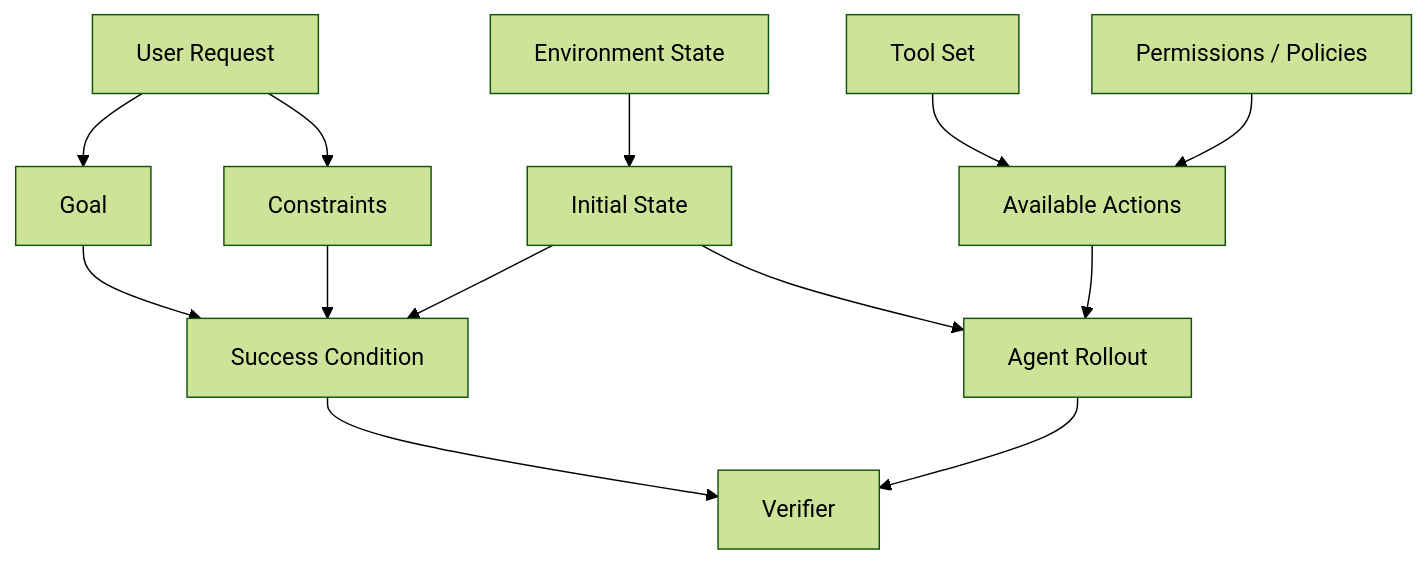
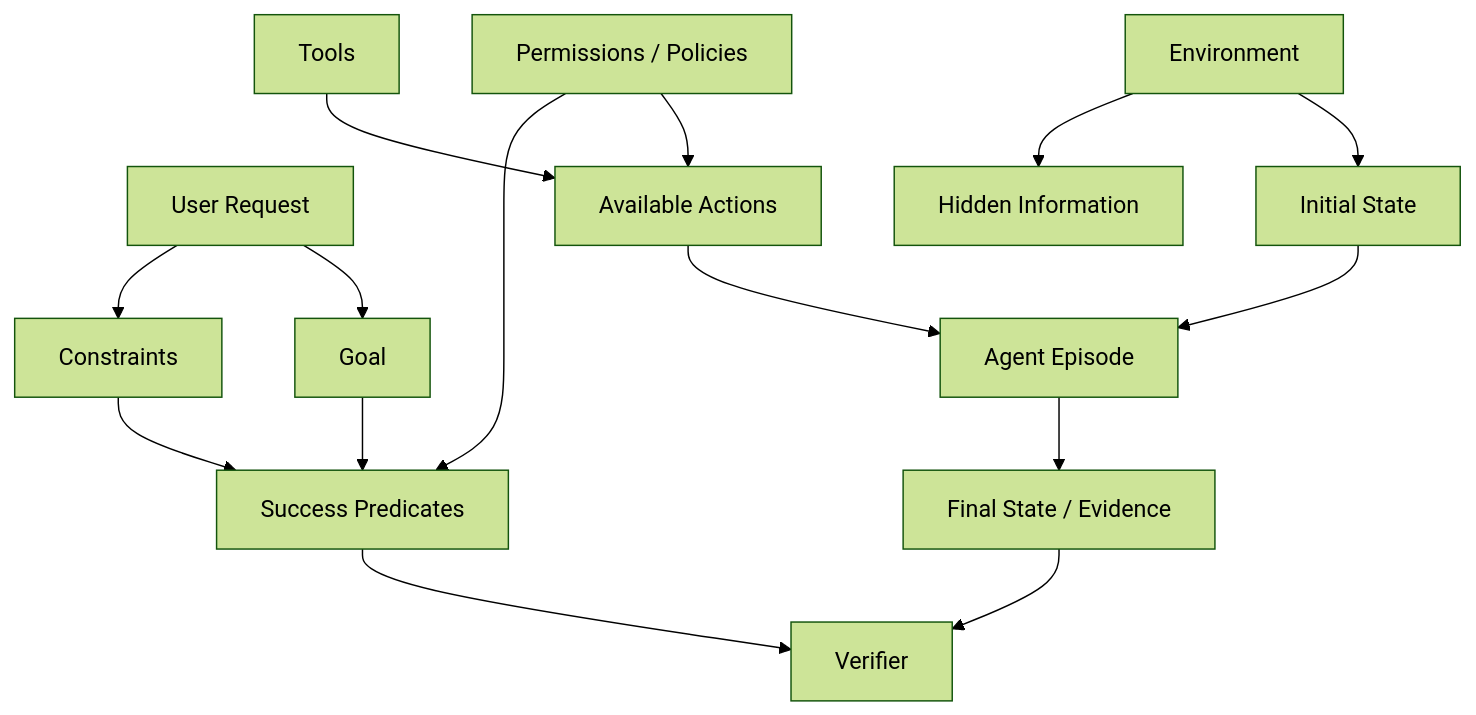
The first of 2 diagrams in LLM_Agent_Data/10_Agent_Task_Design.md (JiangHui0203/Homework), drawn with Mermaid (forest theme) before and after one commit. The commit also changed other lines of this file, not shown here.

Commit message:
Refine chapter 10 as canonical Agent Task Contract chapter

````diff
--- a/LLM_Agent_Data/10_Agent_Task_Design.md
+++ b/LLM_Agent_Data/10_Agent_Task_Design.md
@@ -49,15 +68,17 @@
 ```mermaid
 flowchart TD
     U[User Request] --> G[Goal]
+    E[Environment] --> S0[Initial State]
+    E --> H[Hidden Information]
+    T[Tools] --> A[Available Actions]
+    P[Permissions / Policies] --> A
     U --> C[Constraints]
-    E[Environment State] --> I[Initial State]
-    T[Tool Set] --> A[Available Actions]
-    P[Permissions / Policies] --> A
-    G --> X[Success Condition]
-    C --> X
-    I --> X
-    X --> V[Verifier]
-    A --> R[Agent Rollout]
-    I --> R
-    R --> V
+    G --> SP[Success Predicates]
+    C --> SP
+    P --> SP
+    S0 --> R[Agent Episode]
+    A --> R
+    R --> F[Final State / Evidence]
+    SP --> V[Verifier]
+    F --> V
 ```
````
